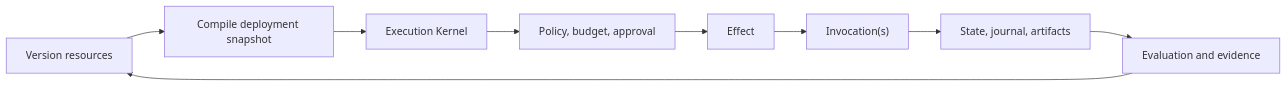
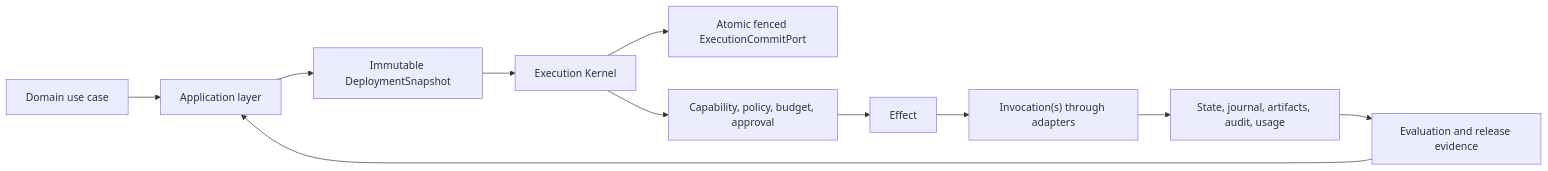
Before and after one commit to thaithienvanid/agentic-reference-architecture: the diagram in index.mdx, drawn with Mermaid. The commit also changed other lines of this file, not shown here.

Commit message:
docs: update home for release candidate architecture

````diff
--- a/index.mdx
+++ b/index.mdx
@@ -56,11 +58,13 @@
 ```mermaid
 flowchart LR
-    Define["Version resources"] --> Deploy["Compile deployment snapshot"]
-    Deploy --> Kernel["Execution Kernel"]
-    Kernel --> Control["Policy, budget, approval"]
-    Control --> Effect["Effect"]
-    Effect --> Invoke["Invocation(s)"]
-    Invoke --> Record["State, journal, artifacts"]
-    Record --> Evaluate["Evaluation and evidence"]
-    Evaluate --> Define
+    UseCase["Domain use case"] --> App["Application layer"]
+    App --> Snapshot["Immutable DeploymentSnapshot"]
+    Snapshot --> Kernel["Execution Kernel"]
+    Kernel --> Commit["Atomic fenced ExecutionCommitPort"]
+    Kernel --> Gate["Capability, policy, budget, approval"]
+    Gate --> Effect["Effect"]
+    Effect --> Invoke["Invocation(s) through adapters"]
+    Invoke --> Evidence["State, journal, artifacts, audit, usage"]
+    Evidence --> Evaluate["Evaluation and release evidence"]
+    Evaluate --> App
 ```
````
